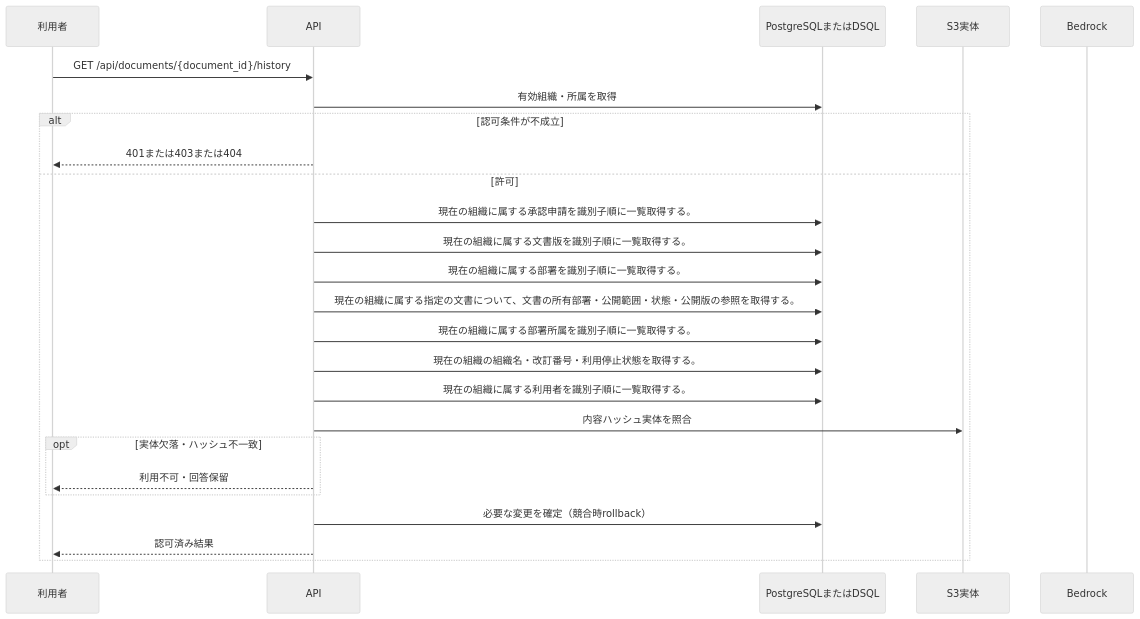
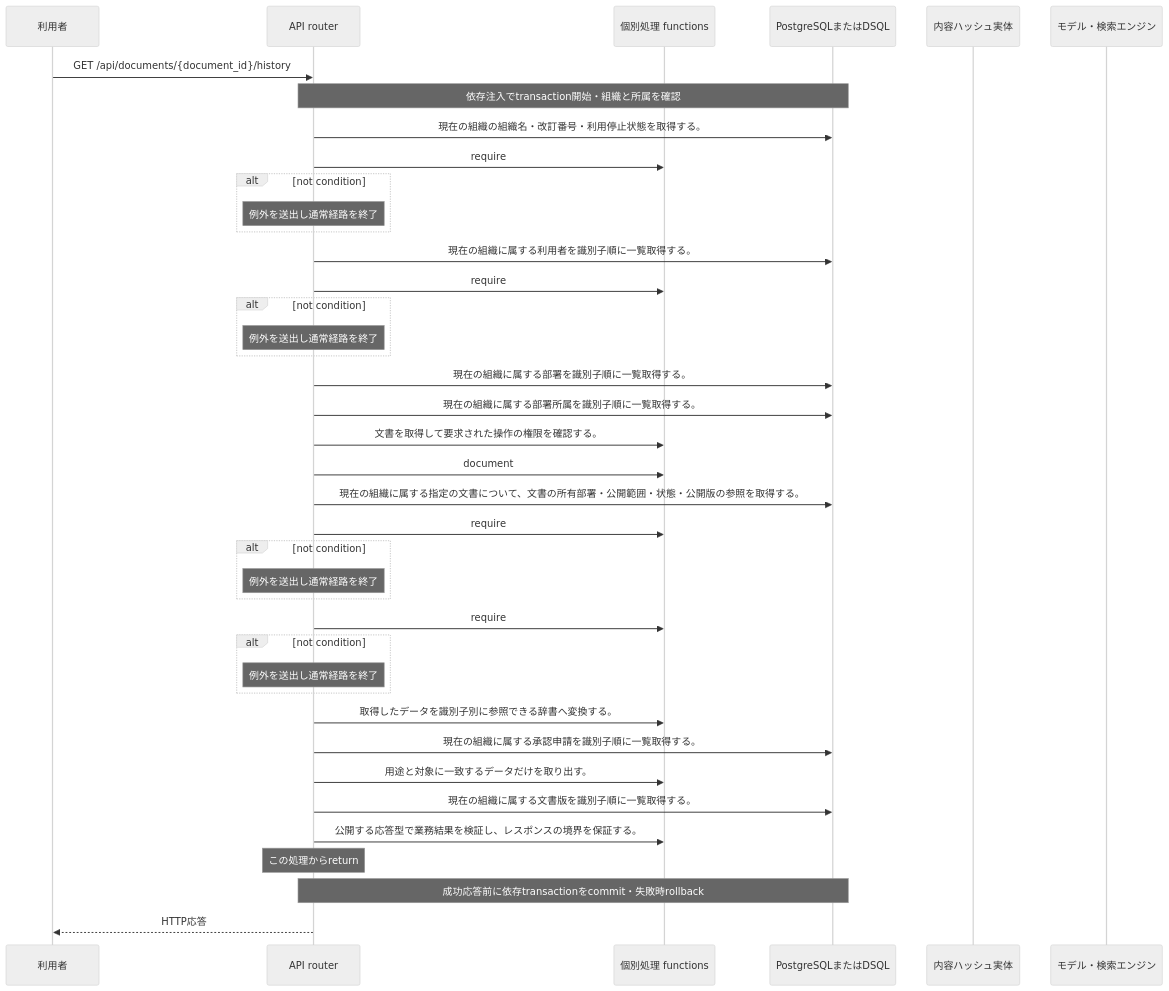
Before and after one commit to tsuji-tomonori/KotoRelay: the diagram in docs/design/generated/api/documents/version_history/sequence.md, drawn with Mermaid (neutral theme). The commit also changed other lines of this file and 424 other files, not shown here.

````diff
--- a/docs/design/generated/api/documents/version_history/sequence.md
+++ b/docs/design/generated/api/documents/version_history/sequence.md
@@ -7,27 +7,42 @@
 ```mermaid
 sequenceDiagram
     participant U as 利用者
-    participant A as API
+    participant A as API router
+    participant F as 個別処理 functions
     participant D as PostgreSQLまたはDSQL
-    participant S as S3実体
-    participant M as Bedrock
+    participant S as 内容ハッシュ実体
+    participant M as モデル・検索エンジン
     U->>A: GET /api/documents/{document_id}/history
-    A->>D: 有効組織・所属を取得
-    alt 認可条件が不成立
-        A-->>U: 401または403または404
-    else 許可
-        A->>D: 現在の組織に属する承認申請を識別子順に一覧取得する。
-        A->>D: 現在の組織に属する文書版を識別子順に一覧取得する。
-        A->>D: 現在の組織に属する部署を識別子順に一覧取得する。
-        A->>D: 現在の組織に属する指定の文書について、文書の所有部署・公開範囲・状態・公開版の参照を取得する。
-        A->>D: 現在の組織に属する部署所属を識別子順に一覧取得する。
-        A->>D: 現在の組織の組織名・改訂番号・利用停止状態を取得する。
-        A->>D: 現在の組織に属する利用者を識別子順に一覧取得する。
-        A->>S: 内容ハッシュ実体を照合
-        opt 実体欠落・ハッシュ不一致
-            A-->>U: 利用不可・回答保留
-        end
-        A->>D: 必要な変更を確定（競合時rollback）
-        A-->>U: 認可済み結果
+    Note over A,D: 依存注入でtransaction開始・組織と所属を確認
+    A->>D: 現在の組織の組織名・改訂番号・利用停止状態を取得する。
+    A->>F: require
+    alt not condition
+    Note over A: 例外を送出し通常経路を終了
     end
+    A->>D: 現在の組織に属する利用者を識別子順に一覧取得する。
+    A->>F: require
+    alt not condition
+    Note over A: 例外を送出し通常経路を終了
+    end
+    A->>D: 現在の組織に属する部署を識別子順に一覧取得する。
+    A->>D: 現在の組織に属する部署所属を識別子順に一覧取得する。
+    A->>F: 文書を取得して要求された操作の権限を確認する。
+    A->>F: document
+    A->>D: 現在の組織に属する指定の文書について、文書の所有部署・公開範囲・状態・公開版の参照を取得する。
+    A->>F: require
+    alt not condition
+    Note over A: 例外を送出し通常経路を終了
+    end
+    A->>F: require
+    alt not condition
+    Note over A: 例外を送出し通常経路を終了
+    end
+    A->>F: 取得したデータを識別子別に参照できる辞書へ変換する。
+    A->>D: 現在の組織に属する承認申請を識別子順に一覧取得する。
+    A->>F: 用途と対象に一致するデータだけを取り出す。
+    A->>D: 現在の組織に属する文書版を識別子順に一覧取得する。
+    A->>F: 公開する応答型で業務結果を検証し、レスポンスの境界を保証する。
+    Note over A: この処理からreturn
+    Note over A,D: 成功応答前に依存transactionをcommit・失敗時rollback
+    A-->>U: HTTP応答
 ```
````
